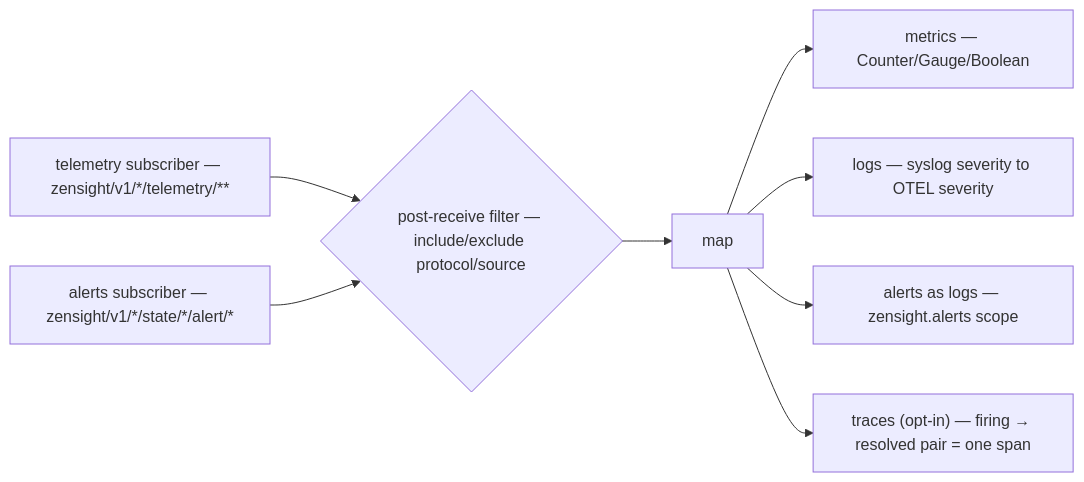
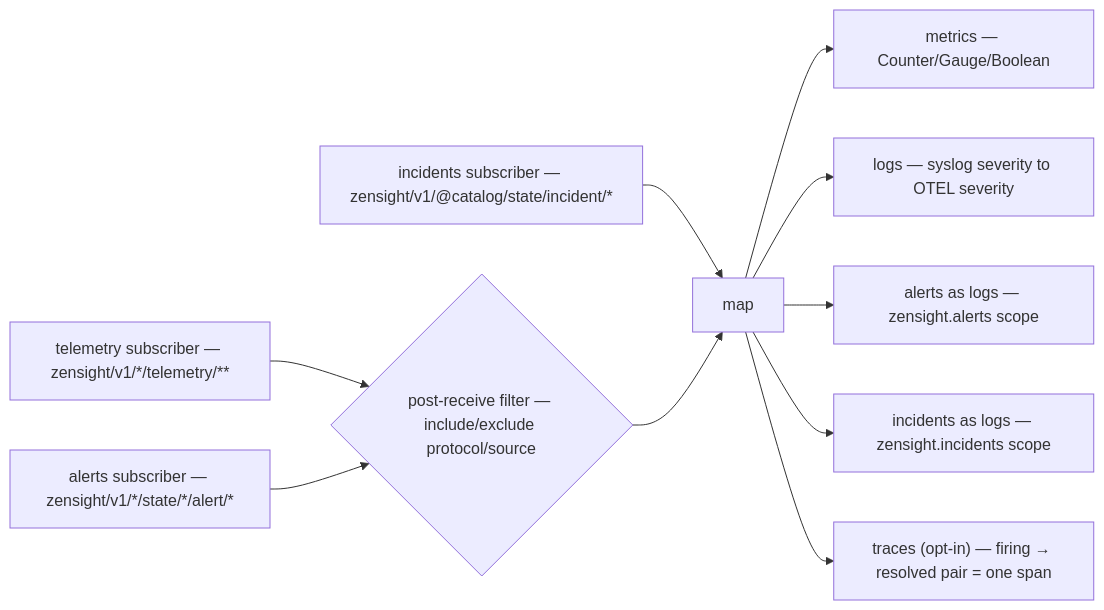
Before and after one commit to p13marc/zensight: the diagram in zensight-exporter-otel/docs/reference.md, drawn with Mermaid. The commit also changed other lines of this file and 7 other files, not shown here.

````diff
--- a/zensight-exporter-otel/docs/reference.md
+++ b/zensight-exporter-otel/docs/reference.md
@@ -30,12 +31,14 @@
 ```mermaid
 flowchart LR
     T["telemetry subscriber — zensight/v1/*/telemetry/**"] --> Filt
     Al["alerts subscriber — zensight/v1/*/state/*/alert/*"] --> Filt
+    In["incidents subscriber — zensight/v1/@catalog/state/incident/*"] --> Map
 
     Filt{"post-receive filter — include/exclude protocol/source"} --> Map["map"]
 
     Map --> Met["metrics — Counter/Gauge/Boolean"]
     Map --> Log["logs — syslog severity to OTEL severity"]
     Map --> AlLog["alerts as logs — zensight.alerts scope"]
+    Map --> InLog["incidents as logs — zensight.incidents scope"]
     Map --> Tr["traces (opt-in) — firing → resolved pair = one span"]
 ```
````
